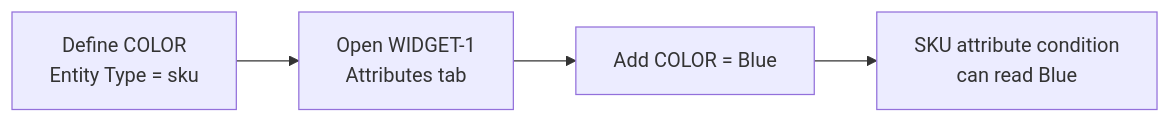
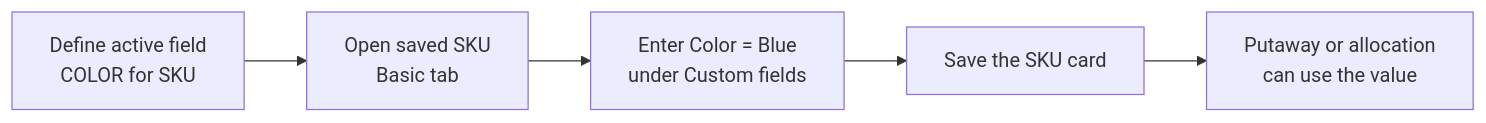
Before and after one commit to msmurygin/quark-docs: the first of 2 diagrams in docs-obsidian/user-guide/admin/04-owners-sku-uom-pack-hierarchy.md, drawn with Mermaid. The commit also changed other lines of this file and 4 other files, not shown here.

Commit message:
docs: explain inline custom attributes

````diff
--- a/docs-obsidian/user-guide/admin/04-owners-sku-uom-pack-hierarchy.md
+++ b/docs-obsidian/user-guide/admin/04-owners-sku-uom-pack-hierarchy.md
@@ -611,6 +611,7 @@
 ```mermaid
 flowchart LR
-    D["Define COLOR<br/>Entity Type = sku"] --> S["Open WIDGET-1<br/>Attributes tab"]
-    S --> V["Add COLOR = Blue"]
-    V --> P["SKU attribute condition<br/>can read Blue"]
+    D["Define active field<br/>COLOR for SKU"] --> S["Open saved SKU<br/>Basic tab"]
+    S --> V["Enter Color = Blue<br/>under Custom fields"]
+    V --> P["Save the SKU card"]
+    P --> A["Putaway or allocation<br/>can use the value"]
 ```
````
